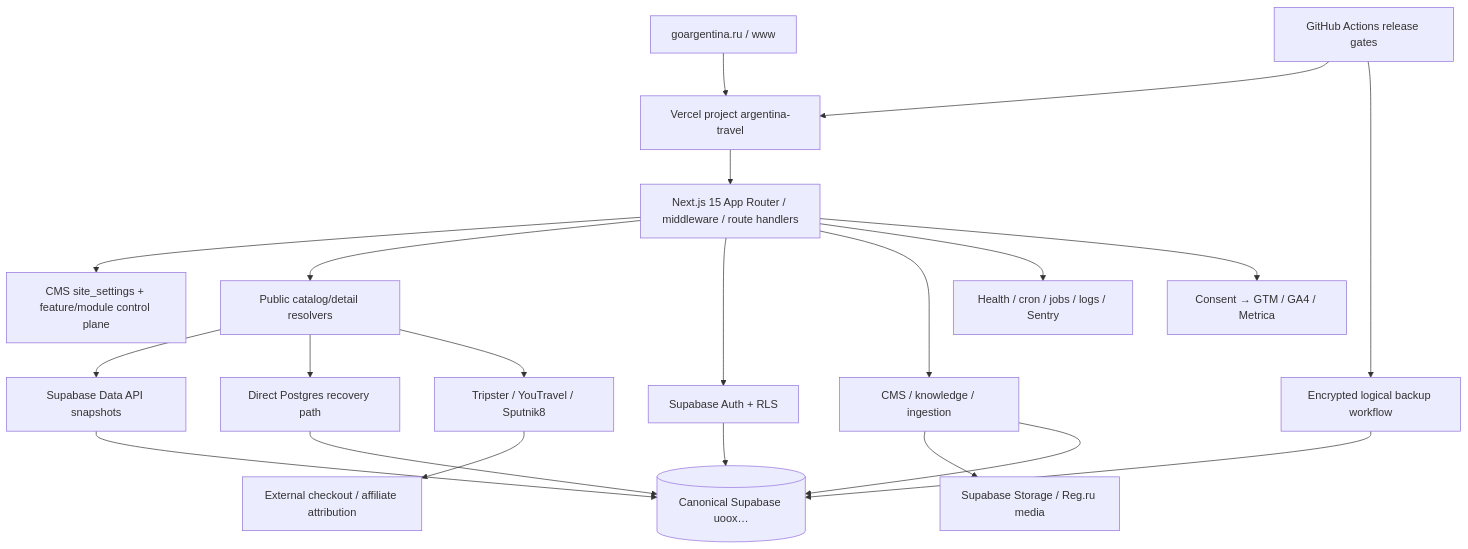
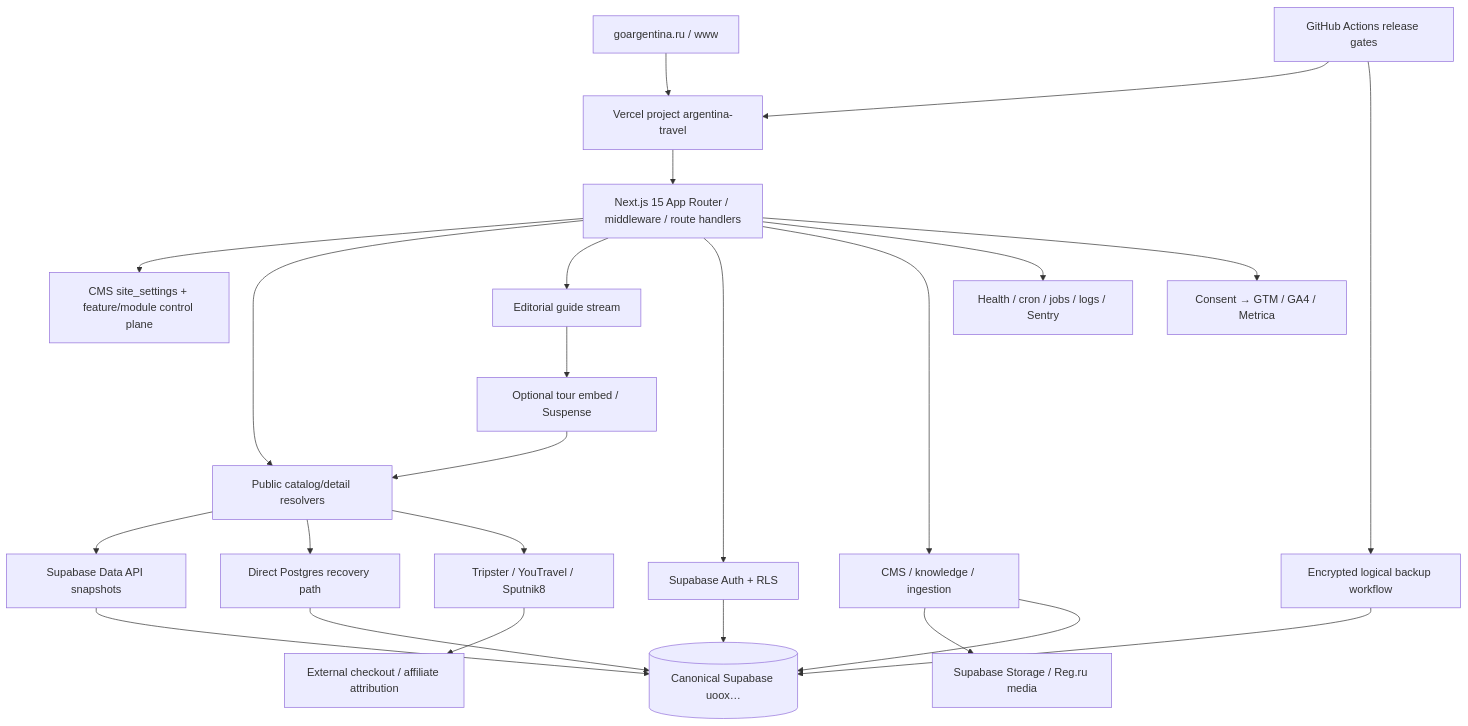
Before and after one commit to Evdokimychev/argentina-travel: the diagram in docs/project-governance/DEPENDENCY_GRAPH.md, drawn with Mermaid. The commit also changed other lines of this file and 6 other files, not shown here.

Commit message:
docs: record optional guide boundary evidence

````diff
--- a/docs/project-governance/DEPENDENCY_GRAPH.md
+++ b/docs/project-governance/DEPENDENCY_GRAPH.md
@@ -5,23 +5,26 @@
 ```mermaid
 flowchart TD
   DNS["goargentina.ru / www"] --> Vercel["Vercel project argentina-travel"]
   Vercel --> Next["Next.js 15 App Router / middleware / route handlers"]
   Next --> Control["CMS site_settings + feature/module control plane"]
   Next --> Resolver["Public catalog/detail resolvers"]
+  Next --> Guide["Editorial guide stream"]
+  Guide --> Optional["Optional tour embed / Suspense"]
+  Optional --> Resolver
   Next --> Auth["Supabase Auth + RLS"]
   Next --> CMS["CMS / knowledge / ingestion"]
   Resolver --> Rest["Supabase Data API snapshots"]
   Resolver --> PG["Direct Postgres recovery path"]
   Resolver --> Partners["Tripster / YouTravel / Sputnik8"]
   Partners --> Affiliate["External checkout / affiliate attribution"]
   CMS --> Storage["Supabase Storage / Reg.ru media"]
   Next --> Ops["Health / cron / jobs / logs / Sentry"]
   Next --> Analytics["Consent → GTM / GA4 / Metrica"]
   GitHub["GitHub Actions release gates"] --> Vercel
   GitHub --> Backup["Encrypted logical backup workflow"]
   Backup --> Supabase[("Canonical Supabase uoox…")]
   Rest --> Supabase
   PG --> Supabase
   Auth --> Supabase
   CMS --> Supabase
 ```
````
